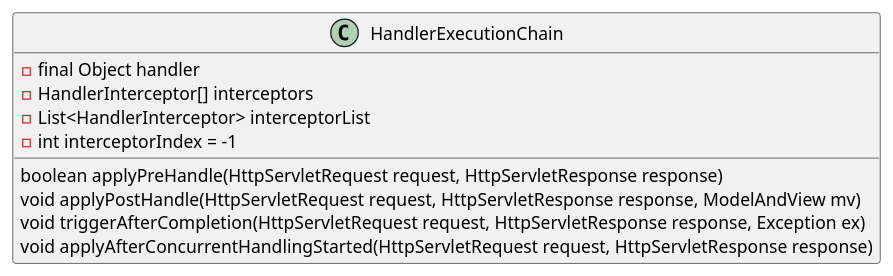
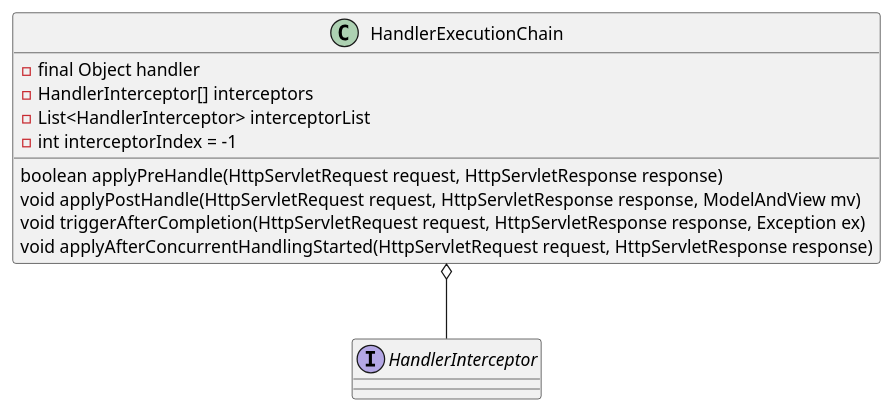
The diagram in 20-framework/src/spring/spring-webmvc/HandlerExecutionChain.md (onlyonion/development), drawn with PlantUML before and after one commit. The commit also changed 33 other files, not shown here.

````diff
--- a/20-framework/src/spring/spring-webmvc/HandlerExecutionChain.md
+++ b/20-framework/src/spring/spring-webmvc/HandlerExecutionChain.md
@@ -7,16 +7,19 @@
 ```plantuml
 @startuml
 
 class HandlerExecutionChain {
 	- final Object handler
 	- HandlerInterceptor[] interceptors
 	- List<HandlerInterceptor> interceptorList
 	- int interceptorIndex = -1
 	boolean applyPreHandle(HttpServletRequest request, HttpServletResponse response)
 	void applyPostHandle(HttpServletRequest request, HttpServletResponse response, ModelAndView mv)
 	void triggerAfterCompletion(HttpServletRequest request, HttpServletResponse response, Exception ex)
 	void applyAfterConcurrentHandlingStarted(HttpServletRequest request, HttpServletResponse response)
 }
 
+interface HandlerInterceptor
+HandlerExecutionChain o-- HandlerInterceptor
+
 @enduml
 ```
````
